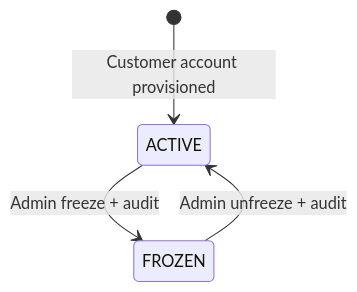
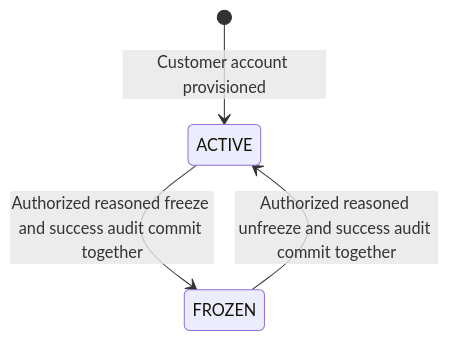
The fifth of 6 diagrams in docs/05-business-processes.md (nvawntien/finfast), drawn with Mermaid before and after one commit. The commit also changed other lines of this file and 7 other files, not shown here.

````diff
--- a/docs/05-business-processes.md
+++ b/docs/05-business-processes.md
@@ -124,6 +131,6 @@
 ```mermaid
 stateDiagram-v2
     [*] --> ACTIVE: Customer account provisioned
-    ACTIVE --> FROZEN: Admin freeze + audit
-    FROZEN --> ACTIVE: Admin unfreeze + audit
+    ACTIVE --> FROZEN: Authorized reasoned freeze and success audit commit together
+    FROZEN --> ACTIVE: Authorized reasoned unfreeze and success audit commit together
 ```
````
